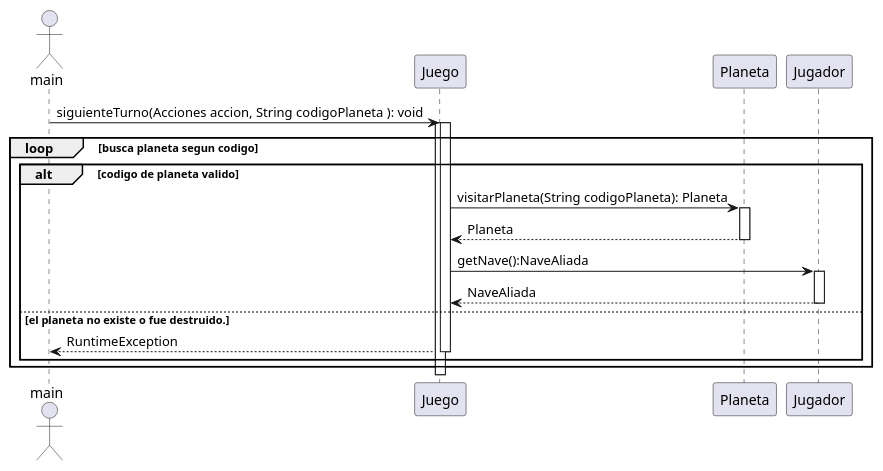
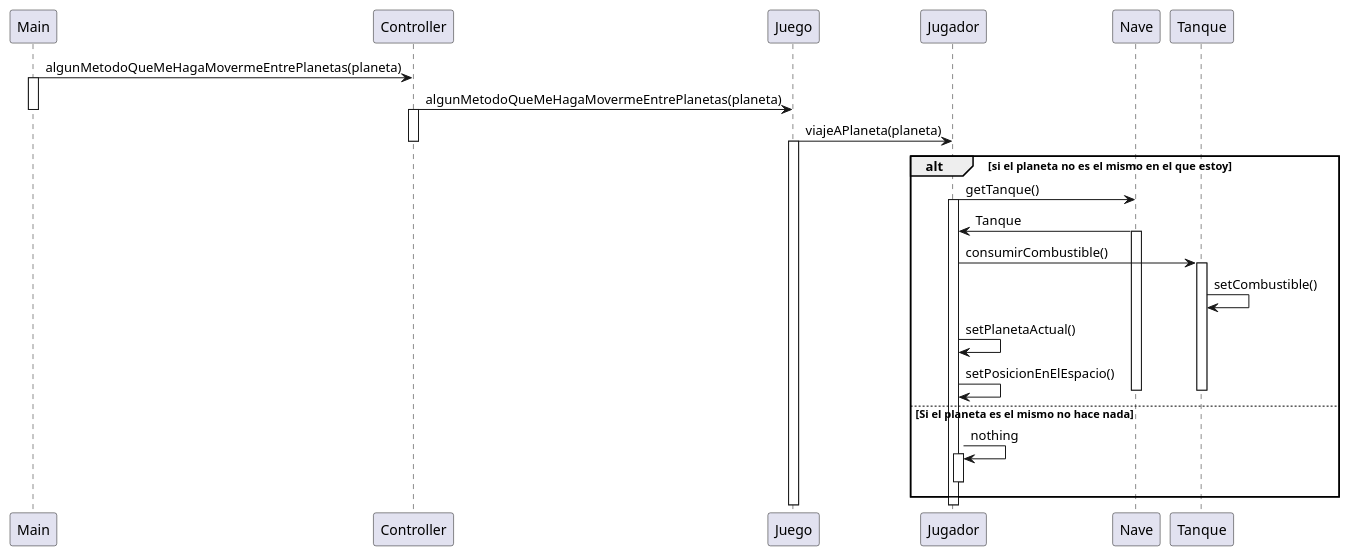
Before and after one commit to ianlio-git/LostGalaxy: the diagram in src/main/java/org/example/Diagrams/TPO_SequenceDiagramVisitNeutralPlanet.puml, drawn with PlantUML. The commit also changed other lines of this file and 1 other file, not shown here.

```diff
--- a/src/main/java/org/example/Diagrams/TPO_SequenceDiagramVisitNeutralPlanet.puml
+++ b/src/main/java/org/example/Diagrams/TPO_SequenceDiagramVisitNeutralPlanet.puml
@@ -1,24 +1,29 @@
 @startuml
-actor main
-main->Juego: siguienteTurno(Acciones accion, String codigoPlaneta ): void
+Main -> Controller : algunMetodoQueMeHagaMovermeEntrePlanetas(planeta)
+activate Main
+Controller -> Juego : algunMetodoQueMeHagaMovermeEntrePlanetas(planeta)
+deactivate Main
+activate Controller
+Juego -> Jugador : viajeAPlaneta(planeta)
+deactivate Controller
 activate Juego
-    loop busca planeta segun codigo
-        alt codigo de planeta valido
 
-            activate Juego
-                Juego -> Planeta: visitarPlaneta(String codigoPlaneta): Planeta
-            activate Planeta
-                Planeta --> Juego: Planeta
-            deactivate Planeta
+alt si el planeta no es el mismo en el que estoy
+    Jugador -> Nave : getTanque()
+    activate Jugador
+    Nave -> Jugador : Tanque
+    activate Nave
+    Jugador -> Tanque : consumirCombustible()
+    activate Tanque
+    Tanque -> Tanque : setCombustible()
+    Jugador -> Jugador : setPlanetaActual()
+    Jugador -> Jugador : setPosicionEnElEspacio()
+    deactivate Tanque
+    deactivate Nave
 
-            Juego -> Jugador : getNave():NaveAliada
-            activate Jugador
-            Jugador -->Juego: NaveAliada
-            deactivate Jugador
-
-        else el planeta no existe o fue destruido.
-                Juego --> main : RuntimeException
-            deactivate Juego
-    end
+else Si el planeta es el mismo no hace nada
+    Jugador -> Jugador : nothing
+    activate Jugador
+    deactivate Jugador
 end
 @enduml
```
